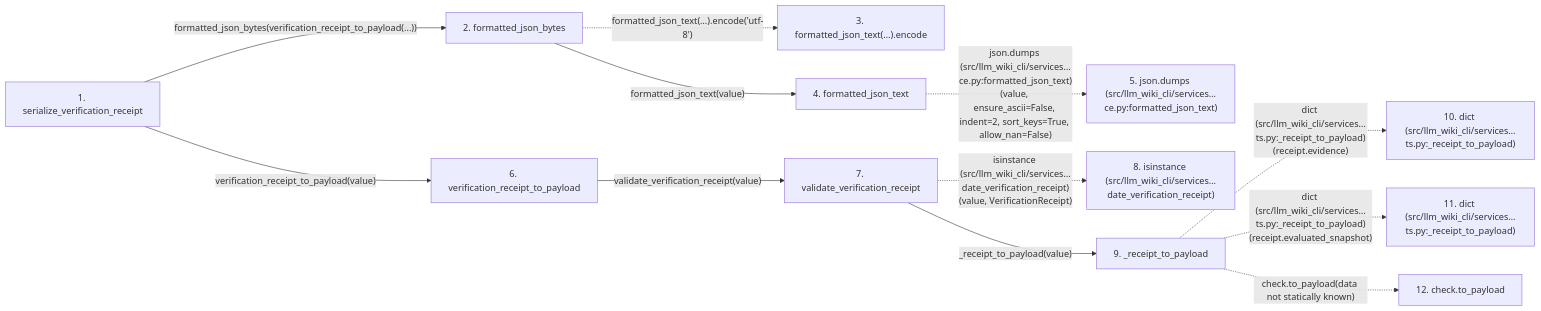
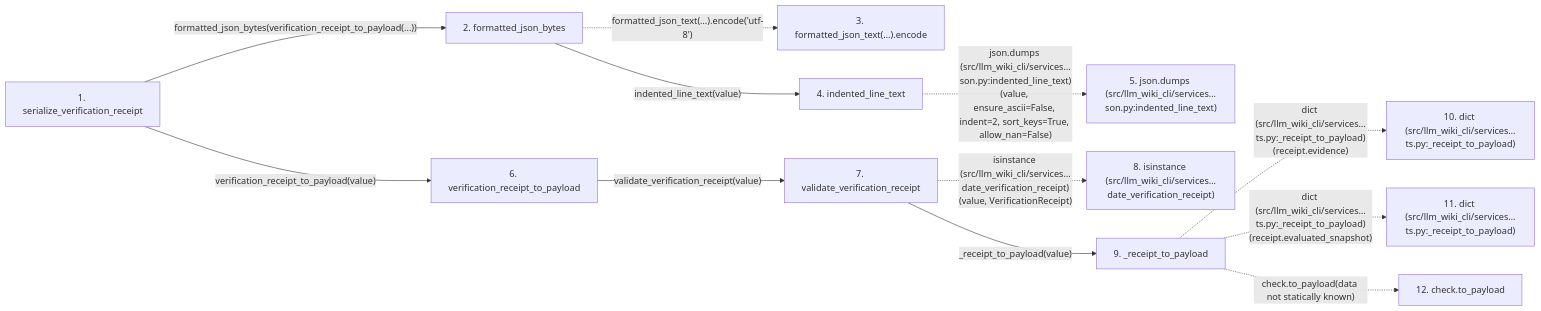
One commit to Denissvgn/python-wiki-llm changed the second of 2 diagrams in docs/llm_wiki/flows/api-serialize_verification_receipt.md. Above: the diagram before and after it, drawn with Mermaid. The commit also changed other lines of this file and 1555 other files, not shown here.

````diff
--- a/docs/llm_wiki/flows/api-serialize_verification_receipt.md
+++ b/docs/llm_wiki/flows/api-serialize_verification_receipt.md
@@ -129,32 +129,32 @@
 ```mermaid
 flowchart LR
     s1["1. serialize_verification_receipt"]
     s2["2. formatted_json_bytes"]
     s3["3. formatted_json_text(…).encode"]
-    s4["4. formatted_json_text"]
-    s5["5. json.dumps (src/llm_wiki_cli/services…ce.py:formatted_json_text)"]
+    s4["4. indented_line_text"]
+    s5["5. json.dumps (src/llm_wiki_cli/services…son.py:indented_line_text)"]
     s6["6. verification_receipt_to_payload"]
     s7["7. validate_verification_receipt"]
     s8["8. isinstance (src/llm_wiki_cli/services…date_verification_receipt)"]
     s9["9. _receipt_to_payload"]
     s10["10. dict (src/llm_wiki_cli/services…ts.py:_receipt_to_payload)"]
     s11["11. dict (src/llm_wiki_cli/services…ts.py:_receipt_to_payload)"]
     s12["12. check.to_payload"]
     s1 -->|"formatted_json_bytes(verification_receipt_to_payload(...))"| s2
     s2 -. "formatted_json_text(…).encode('utf-8')" .-> s3
-    s2 -->|"formatted_json_text(value)"| s4
-    s4 -. "json.dumps (src/llm_wiki_cli/services…ce.py:formatted_json_text)(value, ensure_ascii=False, indent=2, sort_keys=True, allow_nan=False)" .-> s5
+    s2 -->|"indented_line_text(value)"| s4
+    s4 -. "json.dumps (src/llm_wiki_cli/services…son.py:indented_line_text)(value, ensure_ascii=False, indent=2, sort_keys=True, allow_nan=False)" .-> s5
     s1 -->|"verification_receipt_to_payload(value)"| s6
     s6 -->|"validate_verification_receipt(value)"| s7
     s7 -. "isinstance (src/llm_wiki_cli/services…date_verification_receipt)(value, VerificationReceipt)" .-> s8
     s7 -->|"_receipt_to_payload(value)"| s9
     s9 -. "dict (src/llm_wiki_cli/services…ts.py:_receipt_to_payload)(receipt.evidence)" .-> s10
     s9 -. "dict (src/llm_wiki_cli/services…ts.py:_receipt_to_payload)(receipt.evaluated_snapshot)" .-> s11
     s9 -. "check.to_payload(data not statically known)" .-> s12
     click s1 "../modules/verification_contracts.md"
     click s2 "../modules/knowledge_evidence.md"
-    click s4 "../modules/knowledge_evidence.md"
+    click s4 "../modules/canonical_json.md"
     click s6 "../modules/verification_contracts.md"
     click s7 "../modules/verification_contracts.md"
     click s9 "../modules/verification_contracts.md"
 ```
````
